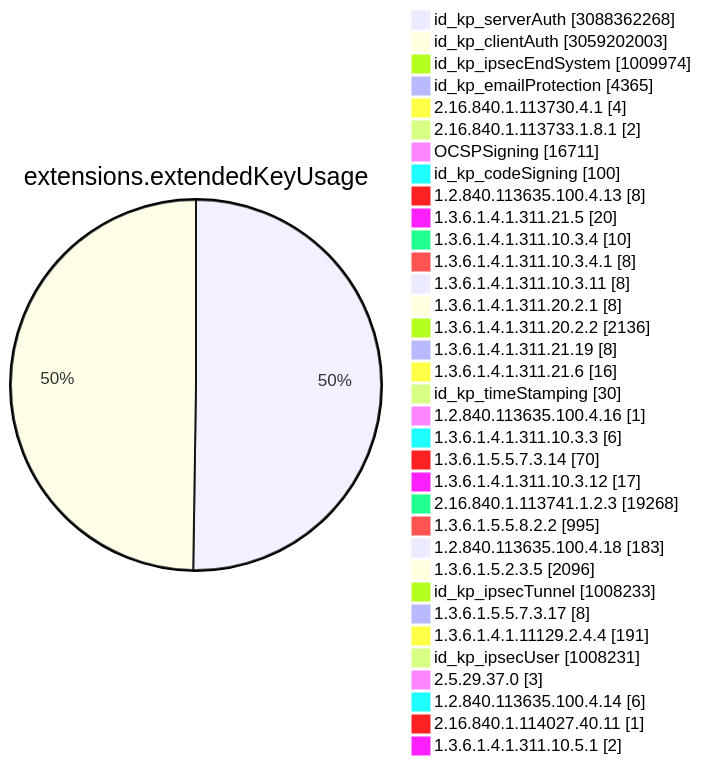
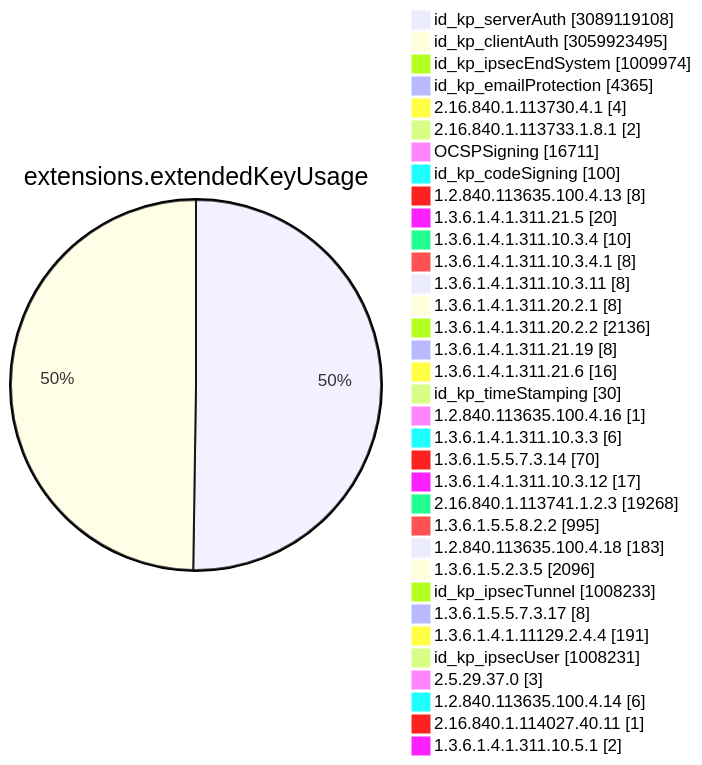
One commit to christiankrug/ctmonitor_visualization changed diagram 11 of 15 in TOTAL/README.md. Above: the diagram before and after it, drawn with Mermaid. The commit also changed other lines of this file, not shown here.

````diff
--- a/TOTAL/README.md
+++ b/TOTAL/README.md
@@ -4117,38 +4117,38 @@
 ```mermaid
 pie showData
 title extensions.extendedKeyUsage
-"id_kp_serverAuth" :3088362268
-"id_kp_clientAuth" :3059202003
+"id_kp_serverAuth" :3089119108
+"id_kp_clientAuth" :3059923495
 "id_kp_ipsecEndSystem" :1009974
 "id_kp_emailProtection" :4365
 "2.16.840.1.113730.4.1" :4
 "2.16.840.1.113733.1.8.1" :2
 "OCSPSigning" :16711
 "id_kp_codeSigning" :100
 "1.2.840.113635.100.4.13" :8
 "1.3.6.1.4.1.311.21.5" :20
 "1.3.6.1.4.1.311.10.3.4" :10
 "1.3.6.1.4.1.311.10.3.4.1" :8
 "1.3.6.1.4.1.311.10.3.11" :8
 "1.3.6.1.4.1.311.20.2.1" :8
 "1.3.6.1.4.1.311.20.2.2" :2136
 "1.3.6.1.4.1.311.21.19" :8
 "1.3.6.1.4.1.311.21.6" :16
 "id_kp_timeStamping" :30
 "1.2.840.113635.100.4.16" :1
 "1.3.6.1.4.1.311.10.3.3" :6
 "1.3.6.1.5.5.7.3.14" :70
 "1.3.6.1.4.1.311.10.3.12" :17
 "2.16.840.1.113741.1.2.3" :19268
 "1.3.6.1.5.5.8.2.2" :995
 "1.2.840.113635.100.4.18" :183
 "1.3.6.1.5.2.3.5" :2096
 "id_kp_ipsecTunnel" :1008233
 "1.3.6.1.5.5.7.3.17" :8
 "1.3.6.1.4.1.11129.2.4.4" :191
 "id_kp_ipsecUser" :1008231
 "2.5.29.37.0" :3
 "1.2.840.113635.100.4.14" :6
 "2.16.840.1.114027.40.11" :1
 "1.3.6.1.4.1.311.10.5.1" :2
 ```
````
